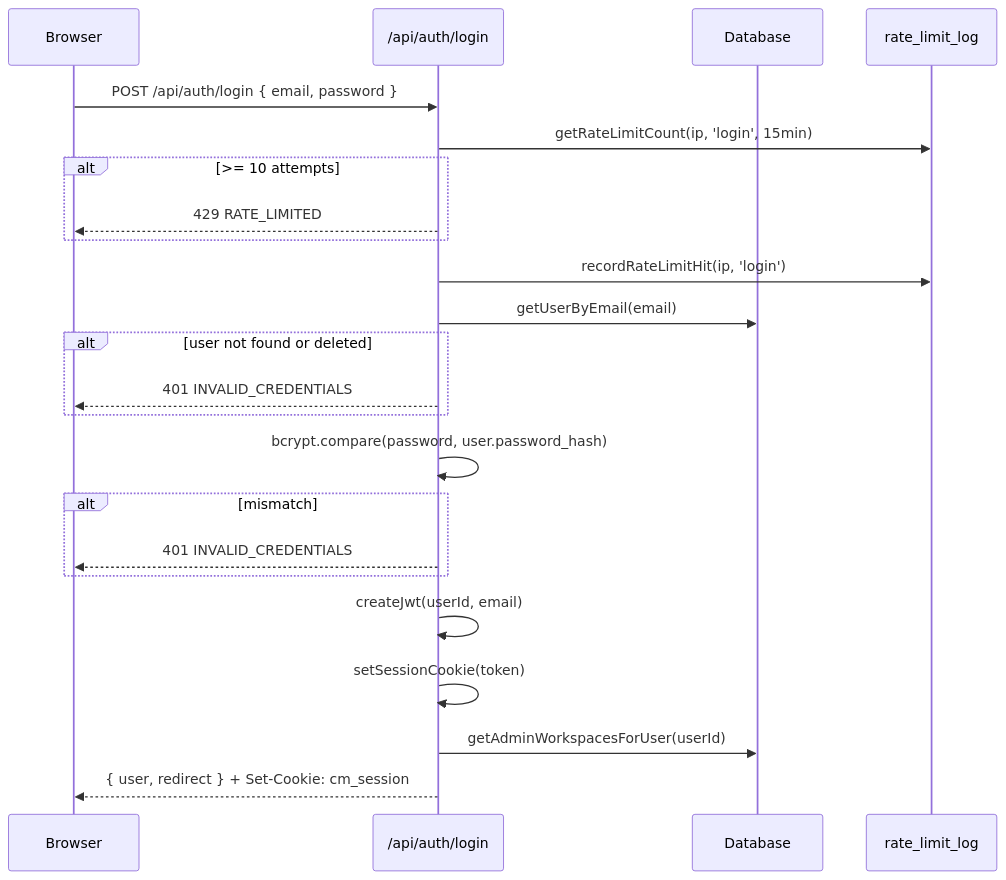
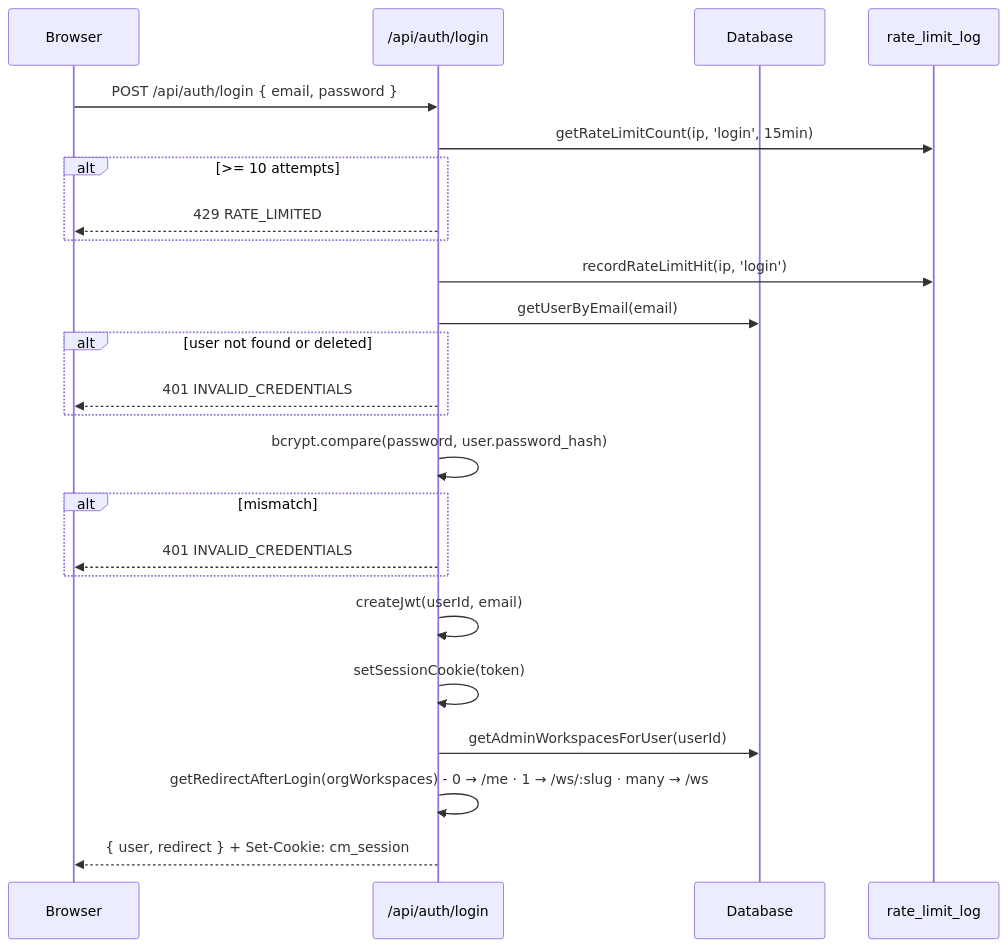
Before and after one commit to ksharma20/checkmark: the third of 6 diagrams in docs/architecture/auth-flow.md, drawn with Mermaid. The commit also changed other lines of this file and 296 other files, not shown here.

````diff
--- a/docs/architecture/auth-flow.md
+++ b/docs/architecture/auth-flow.md
@@ -85,26 +92,27 @@
 ```mermaid
 sequenceDiagram
   participant U as Browser
   participant A as /api/auth/login
   participant DB as Database
   participant RL as rate_limit_log
 
   U->>A: POST /api/auth/login { email, password }
   A->>RL: getRateLimitCount(ip, 'login', 15min)
   alt >= 10 attempts
     A-->>U: 429 RATE_LIMITED
   end
   A->>RL: recordRateLimitHit(ip, 'login')
   A->>DB: getUserByEmail(email)
   alt user not found or deleted
     A-->>U: 401 INVALID_CREDENTIALS
   end
   A->>A: bcrypt.compare(password, user.password_hash)
   alt mismatch
     A-->>U: 401 INVALID_CREDENTIALS
   end
   A->>A: createJwt(userId, email)
   A->>A: setSessionCookie(token)
   A->>DB: getAdminWorkspacesForUser(userId)
+  A->>A: getRedirectAfterLogin(orgWorkspaces)  - 0 → /me · 1 → /ws/:slug · many → /ws
   A-->>U: { user, redirect } + Set-Cookie: cm_session
 ```
````
